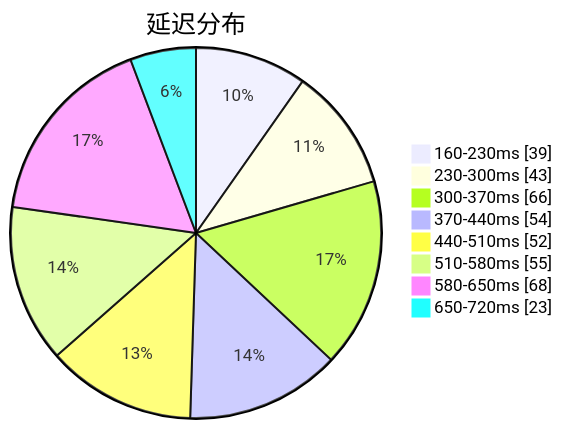
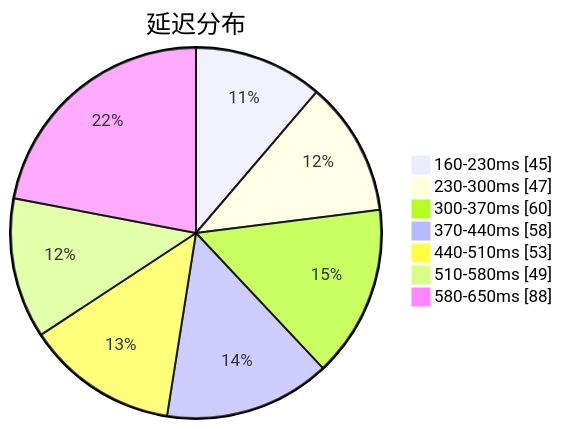
Before and after one commit to qjlxg/airport: the first of 3 diagrams in subs/statistics/tested_within.md, drawn with Mermaid. The commit also changed other lines of this file and 2 other files, not shown here.

````diff
--- a/subs/statistics/tested_within.md
+++ b/subs/statistics/tested_within.md
@@ -2,12 +2,11 @@
 ```mermaid
 pie showData
 title 延迟分布
-"160-230ms" : 39
-"230-300ms" : 43
-"300-370ms" : 66
-"370-440ms" : 54
-"440-510ms" : 52
-"510-580ms" : 55
-"580-650ms" : 68
-"650-720ms" : 23
+"160-230ms" : 45
+"230-300ms" : 47
+"300-370ms" : 60
+"370-440ms" : 58
+"440-510ms" : 53
+"510-580ms" : 49
+"580-650ms" : 88
 ```
````
